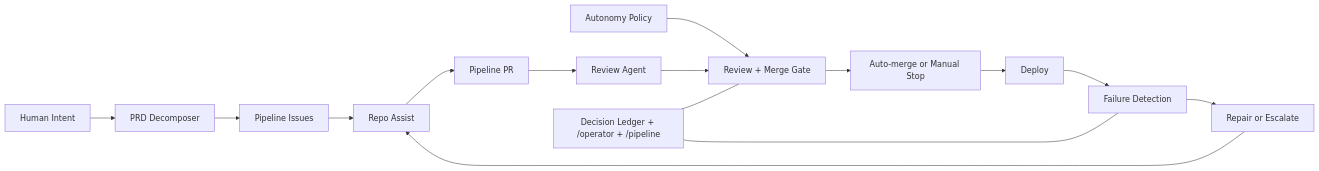
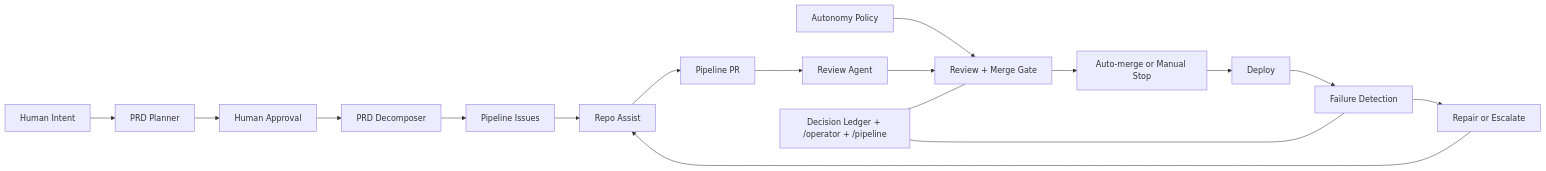
One commit to samuelkahessay/agentic-pipeline changed the diagram in docs/ARCHITECTURE.md. Above: the diagram before and after it, drawn with Mermaid. The commit also changed other lines of this file, not shown here.

Commit message:
docs: add planning layer to architecture documentation

````diff
--- a/docs/ARCHITECTURE.md
+++ b/docs/ARCHITECTURE.md
@@ -16,17 +16,19 @@
 ```mermaid
 flowchart LR
-  H["Human Intent"] --> D["PRD Decomposer"]
+  H["Human Intent"] --> PL["PRD Planner"]
+  PL --> AP["Human Approval"]
+  AP --> D["PRD Decomposer"]
   P["Autonomy Policy"] --> G["Review + Merge Gate"]
   D --> I["Pipeline Issues"]
   I --> A["Repo Assist"]
   A --> PR["Pipeline PR"]
   PR --> R["Review Agent"]
   R --> G
   G --> M["Auto-merge or Manual Stop"]
   M --> S["Deploy"]
   S --> F["Failure Detection"]
   F --> X["Repair or Escalate"]
   X --> A
   O["Decision Ledger + /operator + /pipeline"] --- G
   O --- F
 ```
````
